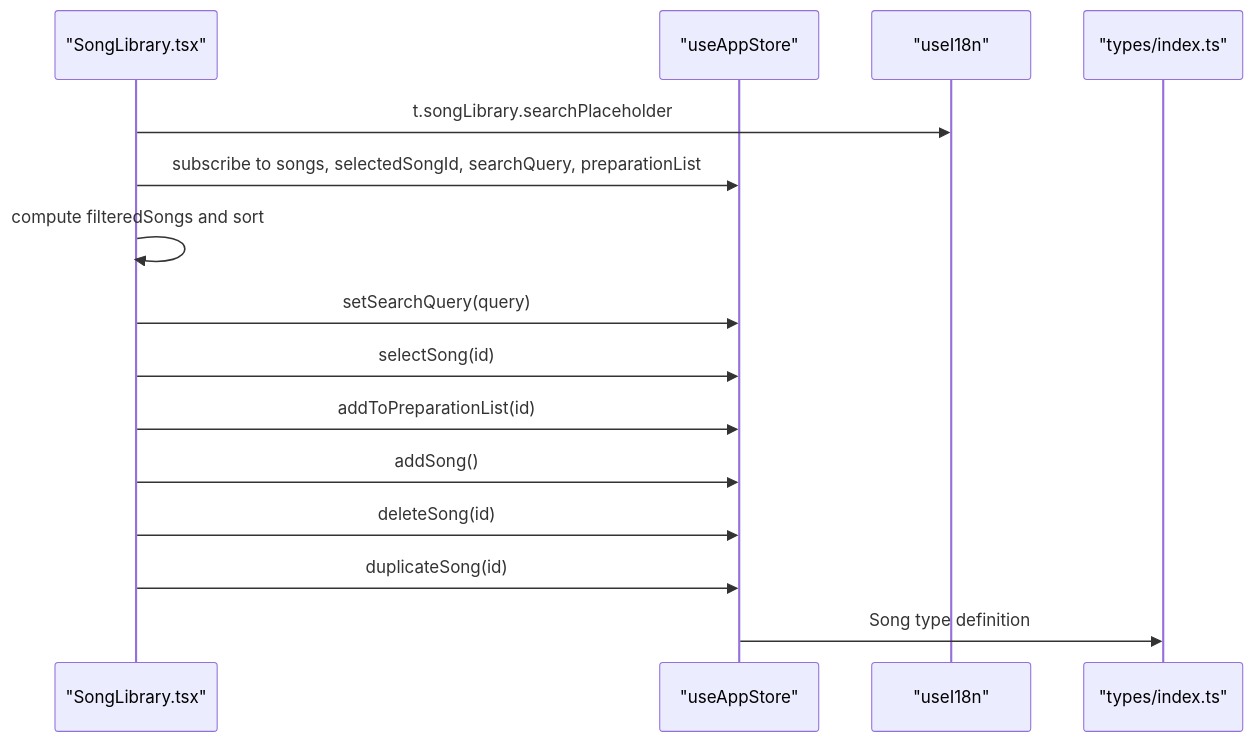
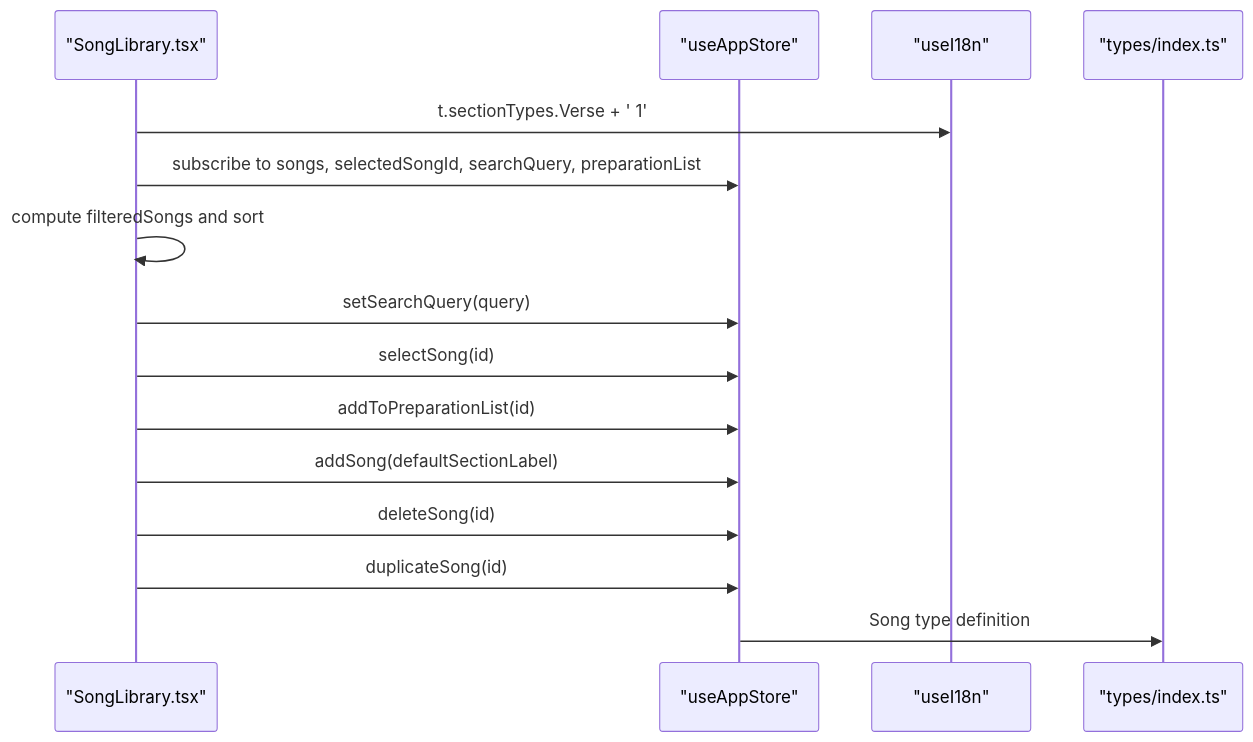
Before and after one commit to jimmywyk/lyricdeck: the second of 5 diagrams in .qoder/repowiki/en/content/User Interface Components/Song Library Component.md, drawn with Mermaid. The commit also changed other lines of this file and 11 other files, not shown here.

````diff
--- a/.qoder/repowiki/en/content/User Interface Components/Song Library Component.md
+++ b/.qoder/repowiki/en/content/User Interface Components/Song Library Component.md
@@ -89,17 +101,17 @@
 ```mermaid
 sequenceDiagram
 participant UI as "SongLibrary.tsx"
 participant Store as "useAppStore"
 participant I18n as "useI18n"
 participant Types as "types/index.ts"
-UI->>I18n : t.songLibrary.searchPlaceholder
+UI->>I18n : t.sectionTypes.Verse + ' 1'
 UI->>Store : subscribe to songs, selectedSongId, searchQuery, preparationList
 UI->>UI : compute filteredSongs and sort
 UI->>Store : setSearchQuery(query)
 UI->>Store : selectSong(id)
 UI->>Store : addToPreparationList(id)
-UI->>Store : addSong()
+UI->>Store : addSong(defaultSectionLabel)
 UI->>Store : deleteSong(id)
 UI->>Store : duplicateSong(id)
 Store->>Types : Song type definition
 ```
````
